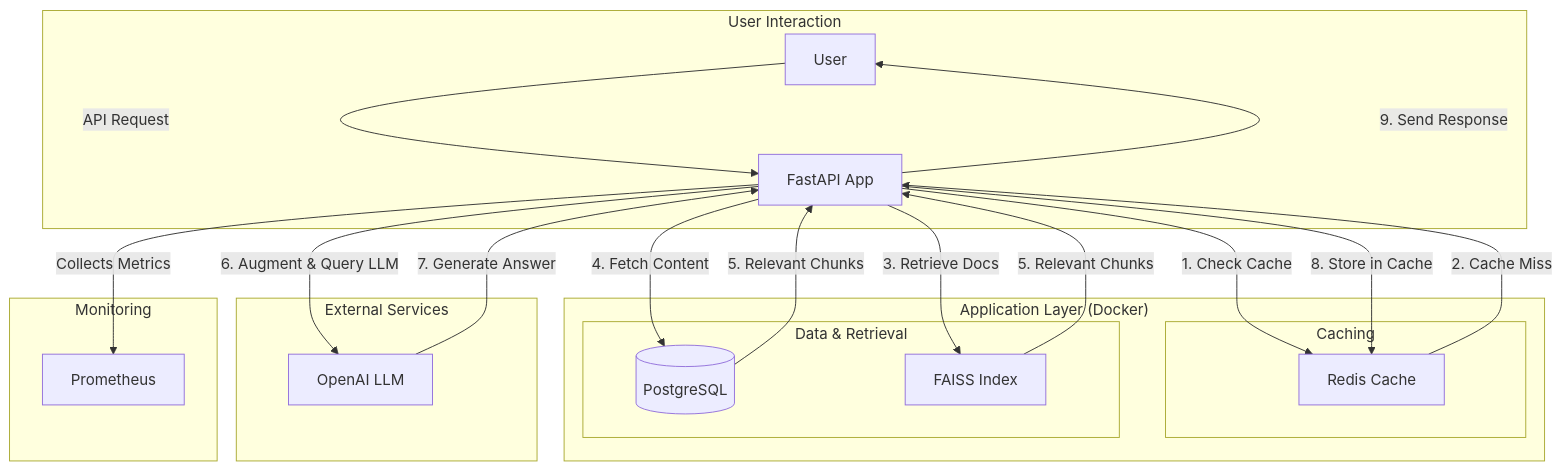
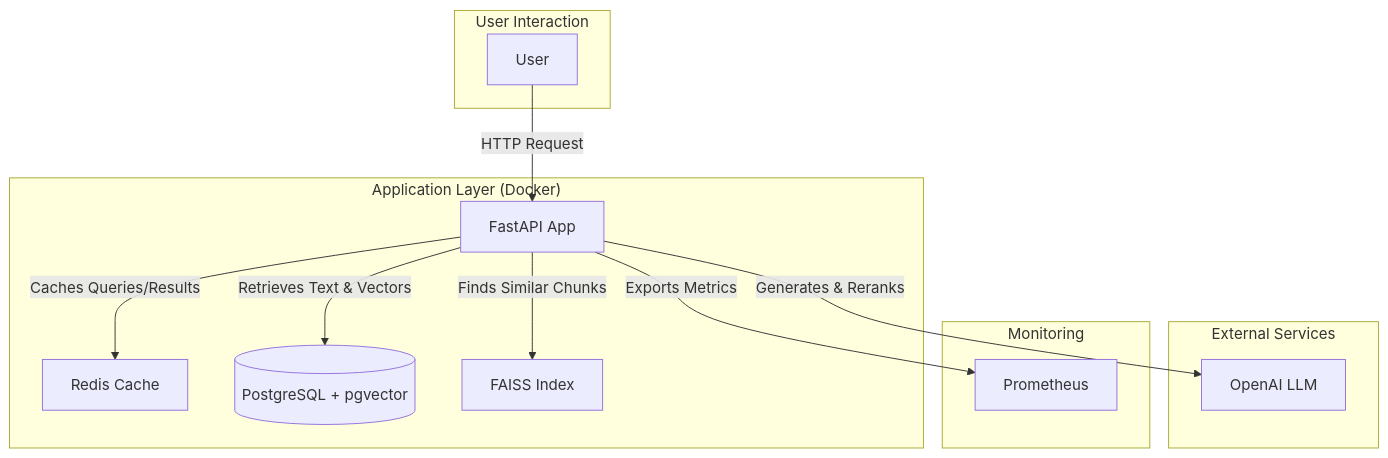
The diagram in README.md (ZeleMate/LegalQA_v2), drawn with Mermaid before and after one commit.

Commit message:
README.md frissítése a Docker környezet diagramjának átalakításával, a felhasználói interakciók és a rendszer komponenseinek kapcsolatait világosabbá téve. A diagram most pontosabban tükrözi a lekérdezések és eredmények kezelését, valamint a szövegek és vektorok visszanyerését.

````diff
--- a/README.md
+++ b/README.md
@@ -11,36 +11,28 @@
 ```mermaid
 graph TD
     subgraph "User Interaction"
-        U[User] -- "API Request" --> A
+        U[User]
     end
 
     subgraph "Application Layer (Docker)"
         A[FastAPI App]
-        subgraph "Caching"
-            C[Redis Cache]
-        end
-        subgraph "Data & Retrieval"
-            DB[(PostgreSQL)]
-            F[FAISS Index]
-        end
+        C[Redis Cache]
+        DB[(PostgreSQL + pgvector)]
+        F[FAISS Index]
     end
 
     subgraph "External Services"
         LLM[OpenAI LLM]
     end
     
     subgraph "Monitoring"
         P[Prometheus]
     end
 
-    A -- "1. Check Cache" --> C
-    C -- "2. Cache Miss" --> A
-    A -- "3. Retrieve Docs" --> F
-    A -- "4. Fetch Content" --> DB
-    F & DB -- "5. Relevant Chunks" --> A
-    A -- "6. Augment & Query LLM" --> LLM
-    LLM -- "7. Generate Answer" --> A
-    A -- "8. Store in Cache" --> C
-    A -- "9. Send Response" --> U
-    A -- "Collects Metrics" --> P
+    U -- "HTTP Request" --> A
+    A -- "Caches Queries/Results" --> C
+    A -- "Retrieves Text & Vectors" --> DB
+    A -- "Finds Similar Chunks" --> F
+    A -- "Generates & Reranks" --> LLM
+    A -- "Exports Metrics" --> P
 ```
````
